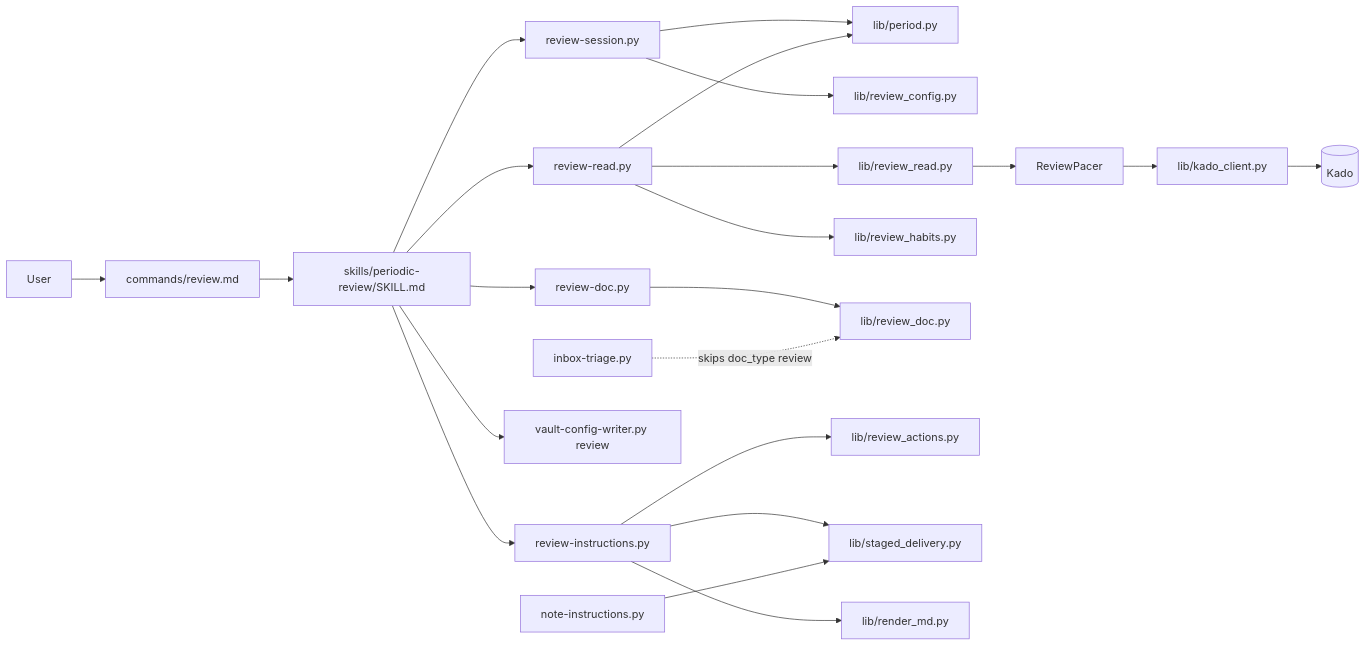
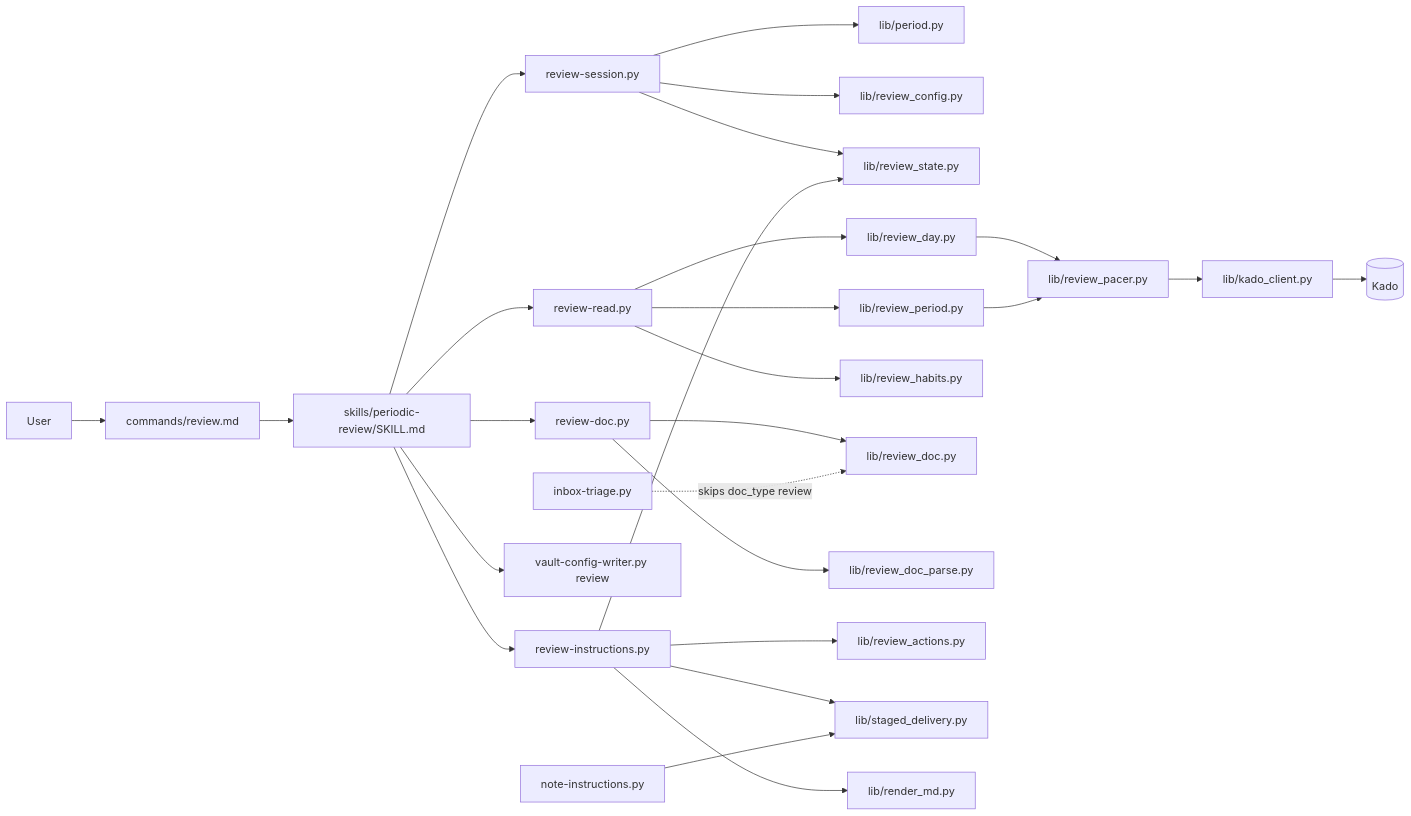
One commit to MMoMM-org/miyo-tomo changed the second of 4 diagrams in docs/XDD/specs/045-weekly-monthly-review/solution.md. Above: the diagram before and after it, drawn with Mermaid. The commit also changed other lines of this file and 9 other files, not shown here.

````diff
--- a/docs/XDD/specs/045-weekly-monthly-review/solution.md
+++ b/docs/XDD/specs/045-weekly-monthly-review/solution.md
@@ -302,24 +306,28 @@
 ```mermaid
 graph LR
     User --> CMD[commands/review.md]
     CMD --> SK[skills/periodic-review/SKILL.md]
     SK --> SES[review-session.py]
     SK --> RD[review-read.py]
     SK --> DOC[review-doc.py]
     SK --> INS[review-instructions.py]
     SK --> VCW[vault-config-writer.py review]
     SES --> PER[lib/period.py]
     SES --> RCFG[lib/review_config.py]
-    RD --> PER
-    RD --> RREAD[lib/review_read.py]
+    SES --> RST[lib/review_state.py]
+    RD --> RDAY[lib/review_day.py]
+    RD --> RPER[lib/review_period.py]
     RD --> HAB[lib/review_habits.py]
-    RREAD --> PACE[ReviewPacer]
+    RDAY --> PACE[lib/review_pacer.py]
+    RPER --> PACE
     PACE --> KC[lib/kado_client.py]
     DOC --> RDOC[lib/review_doc.py]
+    DOC --> RPAR[lib/review_doc_parse.py]
     INS --> RACT[lib/review_actions.py]
+    INS --> RST
     INS --> STG[lib/staged_delivery.py]
     INS --> RMD[lib/render_md.py]
     NI[note-instructions.py] --> STG
     TRI[inbox-triage.py] -.skips doc_type review.-> RDOC
     KC --> Kado[(Kado)]
 ```
````
